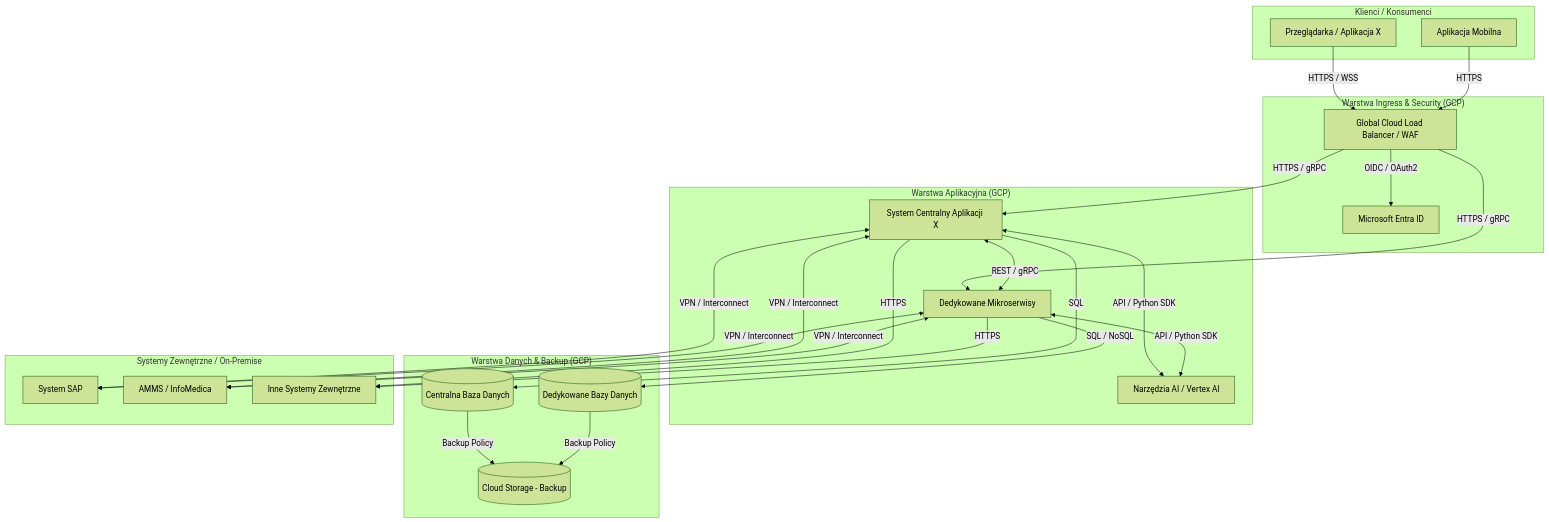
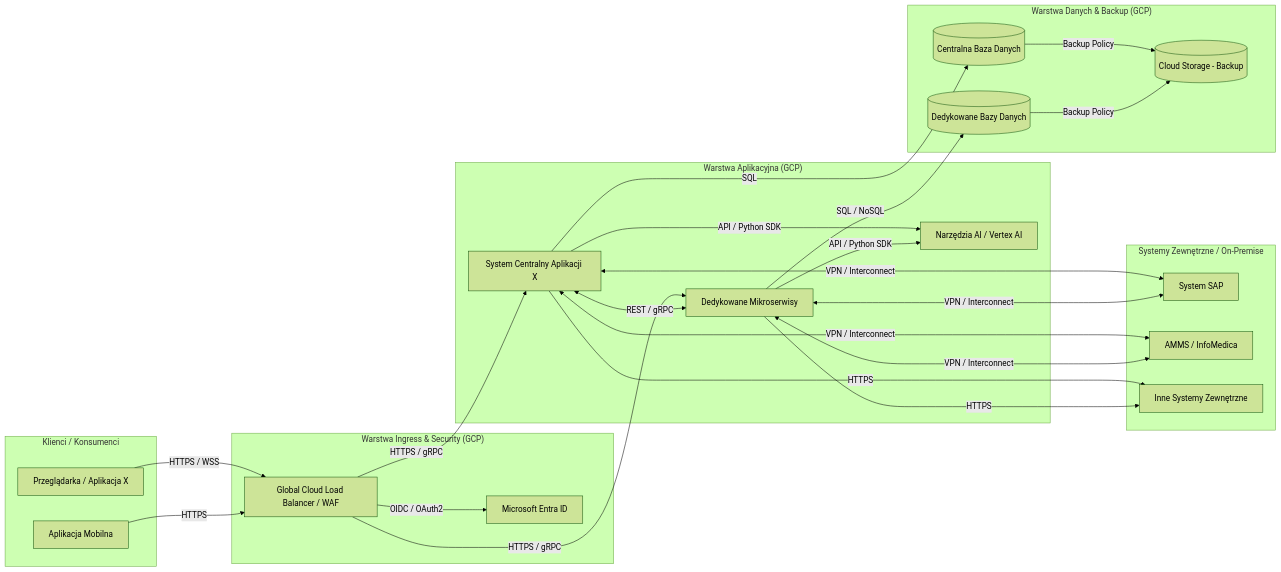
The first of 2 diagrams in infrastruktura-hld-lld-example.md (mtum00-dev01/demo), drawn with Mermaid (forest theme) before and after one commit.

Commit message:
Change graph direction from TD to LR in HLD diagram

````diff
--- a/infrastruktura-hld-lld-example.md
+++ b/infrastruktura-hld-lld-example.md
@@ -4,67 +4,66 @@
 ```mermaid
 
-graph TD
+graph LR
 
-    %% Klienci
-    subgraph "Klienci / Konsumenci"
+    %% --- Kolumna 1: Klienci ---
+    subgraph C1["Klienci / Konsumenci"]
         Web[Przeglądarka / Aplikacja X]
         Mobile[Aplikacja Mobilna]
     end
-    class Web,Mobile userStyle;
 
-    %% Warstwa Brzegowa
-    subgraph "Warstwa Ingress & Security (GCP)"
+    %% --- Kolumna 2: Edge / Security ---
+    subgraph C2["Warstwa Ingress & Security (GCP)"]
         LB[Global Cloud Load Balancer / WAF]
         Entra[Microsoft Entra ID]
     end
-    class LB ingressStyle;
-    class Entra extStyle;
 
-    %% Warstwa Aplikacyjna
-    subgraph "Warstwa Aplikacyjna (GCP)"
+    %% --- Kolumna 3: Aplikacja ---
+    subgraph C3["Warstwa Aplikacyjna (GCP)"]
         Core[System Centralny Aplikacji X]
         MS[Dedykowane Mikroserwisy]
         AI[Narzędzia AI / Vertex AI]
     end
-    class Core,MS,AI appStyle;
 
-    %% Warstwa Danych
-    subgraph "Warstwa Danych & Backup (GCP)"
+    %% --- Kolumna 4: Dane ---
+    subgraph C4["Warstwa Danych & Backup (GCP)"]
         DB_Centr[(Centralna Baza Danych)]
         DB_Ded[(Dedykowane Bazy Danych)]
         BKP[(Cloud Storage - Backup)]
     end
-    class DB_Centr,DB_Ded,BKP dataStyle;
 
-    %% Systemy Zewnętrzne
-    subgraph "Systemy Zewnętrzne / On-Premise"
+    %% --- Kolumna 5: Systemy zewnętrzne ---
+    subgraph C5["Systemy Zewnętrzne / On-Premise"]
         SAP[System SAP]
         AMMS[AMMS / InfoMedica]
         ExtSys[Inne Systemy Zewnętrzne]
     end
-    class SAP,AMMS,ExtSys extStyle;
 
-    %% Relacje i komunikacja
+    %% Główne przepływy
     Web -->|HTTPS / WSS| LB
     Mobile -->|HTTPS| LB
     LB -->|OIDC / OAuth2| Entra
     LB -->|HTTPS / gRPC| Core
     LB -->|HTTPS / gRPC| MS
-    
+
     Core <-->|REST / gRPC| MS
-    Core <-->|API / Python SDK| AI
-    MS <-->|API / Python SDK| AI
-    
+    Core -->|API / Python SDK| AI
+    MS -->|API / Python SDK| AI
+
     Core -->|SQL| DB_Centr
     MS -->|SQL / NoSQL| DB_Ded
-    
     DB_Centr -->|Backup Policy| BKP
     DB_Ded -->|Backup Policy| BKP
-    
+
     Core <-->|VPN / Interconnect| SAP
     Core <-->|VPN / Interconnect| AMMS
     MS <-->|VPN / Interconnect| SAP
     MS <-->|VPN / Interconnect| AMMS
     Core -->|HTTPS| ExtSys
     MS -->|HTTPS| ExtSys
+
+    %% Niewidoczne krawędzie stabilizujące układ (bez renderowanej linii)
+    C1 ~~~ C2
+    C2 ~~~ C3
+    C3 ~~~ C4
+    C4 ~~~ C5
 ```
````
